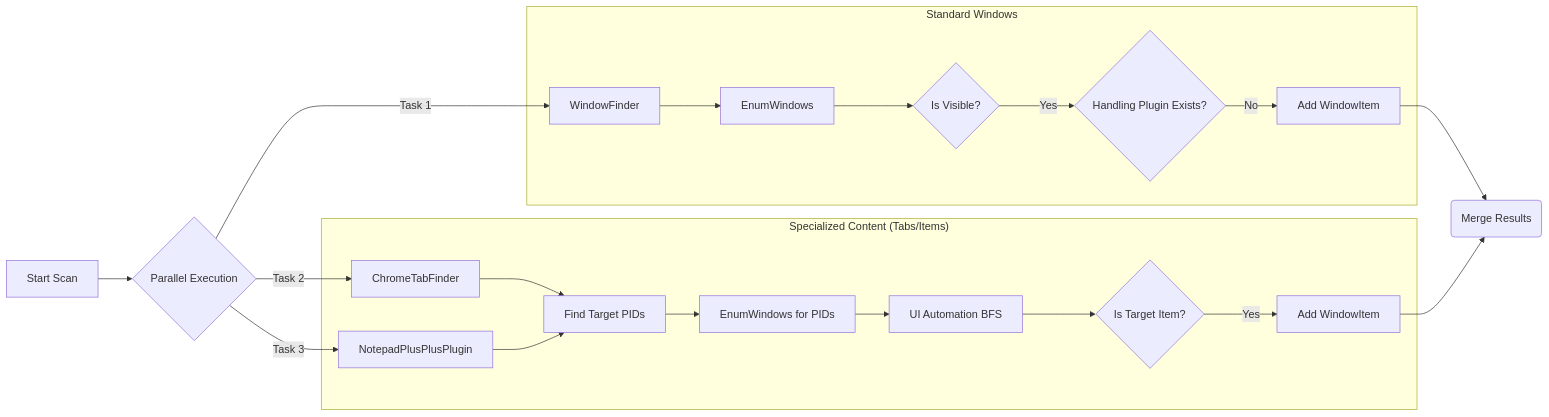
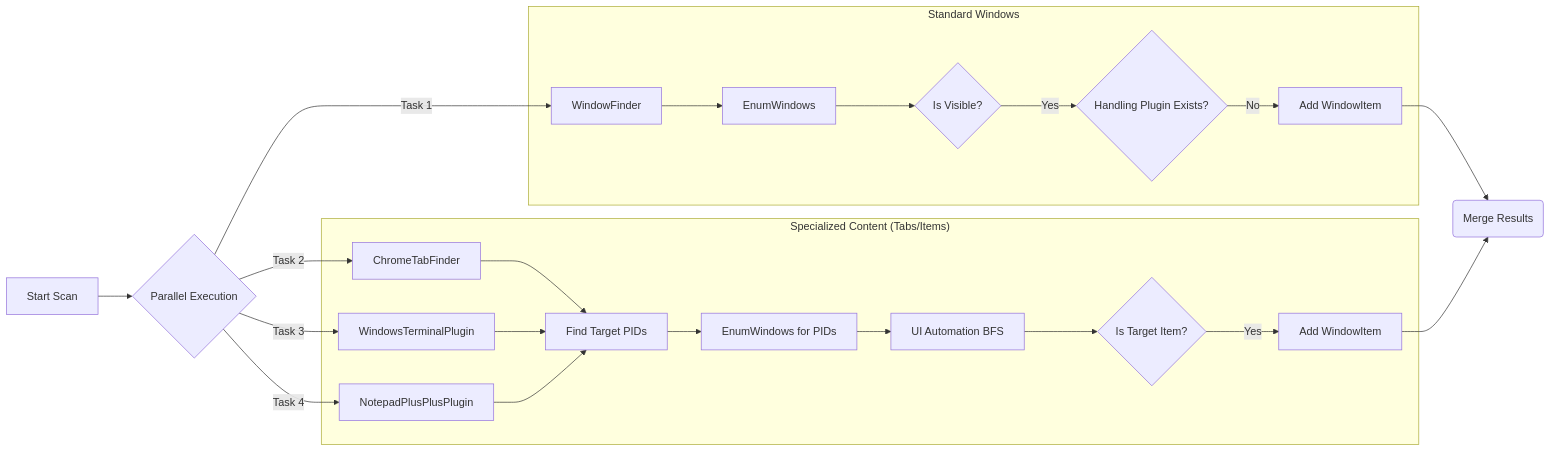
One commit to jamesericwong/switchblade changed the second of 4 diagrams in README.md. Above: the diagram before and after it, drawn with Mermaid. The commit also changed other lines of this file, not shown here.

````diff
--- a/README.md
+++ b/README.md
@@ -104,26 +104,28 @@
 ```mermaid
 flowchart LR
     Start[Start Scan] --> Parallel{Parallel Execution}
     Parallel -->|Task 1| WF[WindowFinder]
     Parallel -->|Task 2| CTF[ChromeTabFinder]
-    Parallel -->|Task 3| NPP[NotepadPlusPlusPlugin]
+    Parallel -->|Task 3| WTP[WindowsTerminalPlugin]
+    Parallel -->|Task 4| NPP[NotepadPlusPlusPlugin]
     
     subgraph "Standard Windows"
         WF --> Enum[EnumWindows]
         Enum --> Filter{Is Visible?}
         Filter -- Yes --> Exclude{Handling Plugin Exists?}
         Exclude -- No --> Result1[Add WindowItem]
     end
 
     subgraph "Specialized Content (Tabs/Items)"
         CTF --> FindProcess[Find Target PIDs]
+        WTP --> FindProcess
         NPP --> FindProcess
         FindProcess --> Enum2[EnumWindows for PIDs]
         Enum2 --> BFS[UI Automation BFS]
         BFS --> Tab{Is Target Item?}
         Tab -- Yes --> Result2[Add WindowItem]
     end
 
     Result1 --> Merge(Merge Results)
     Result2 --> Merge
 ```
````
